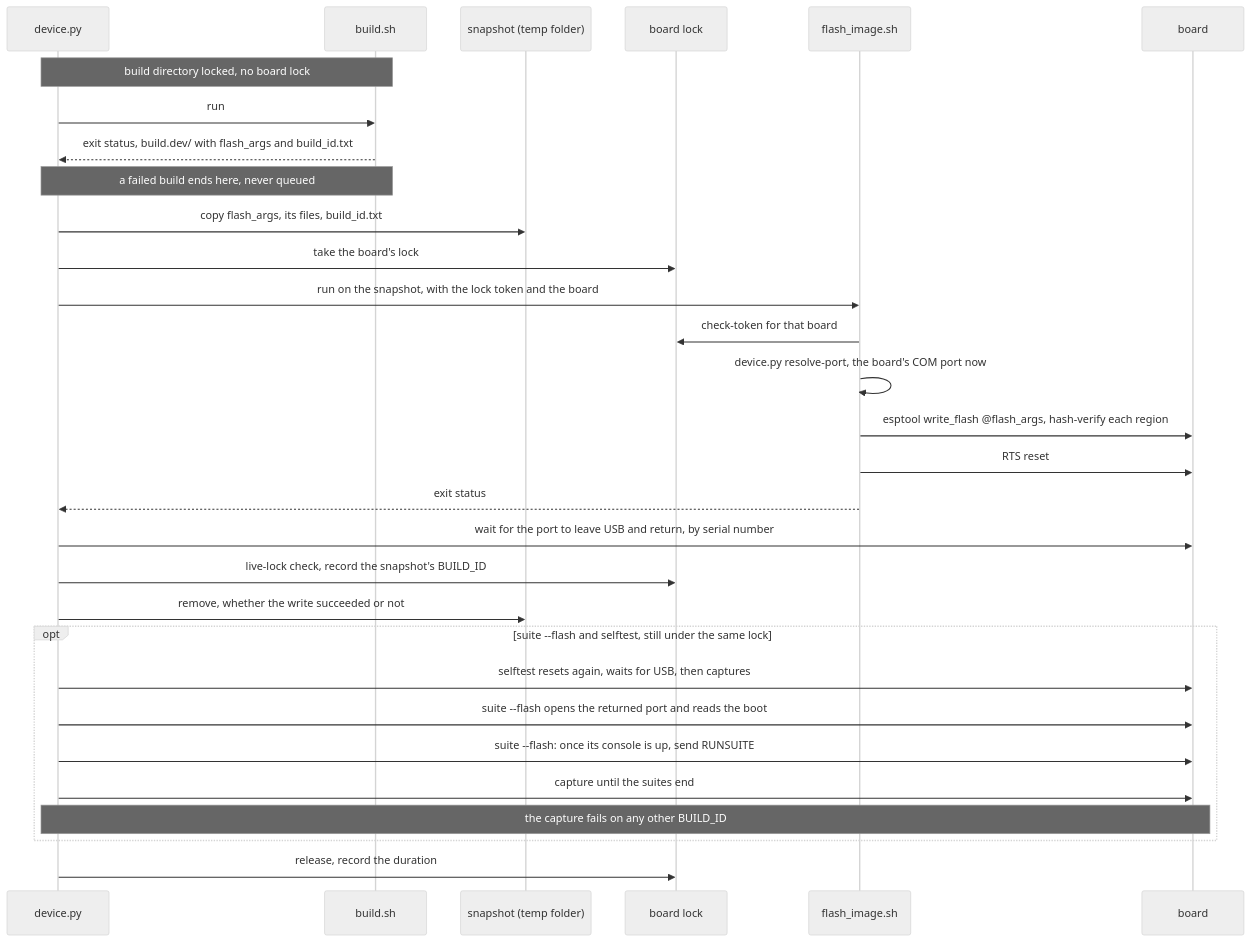
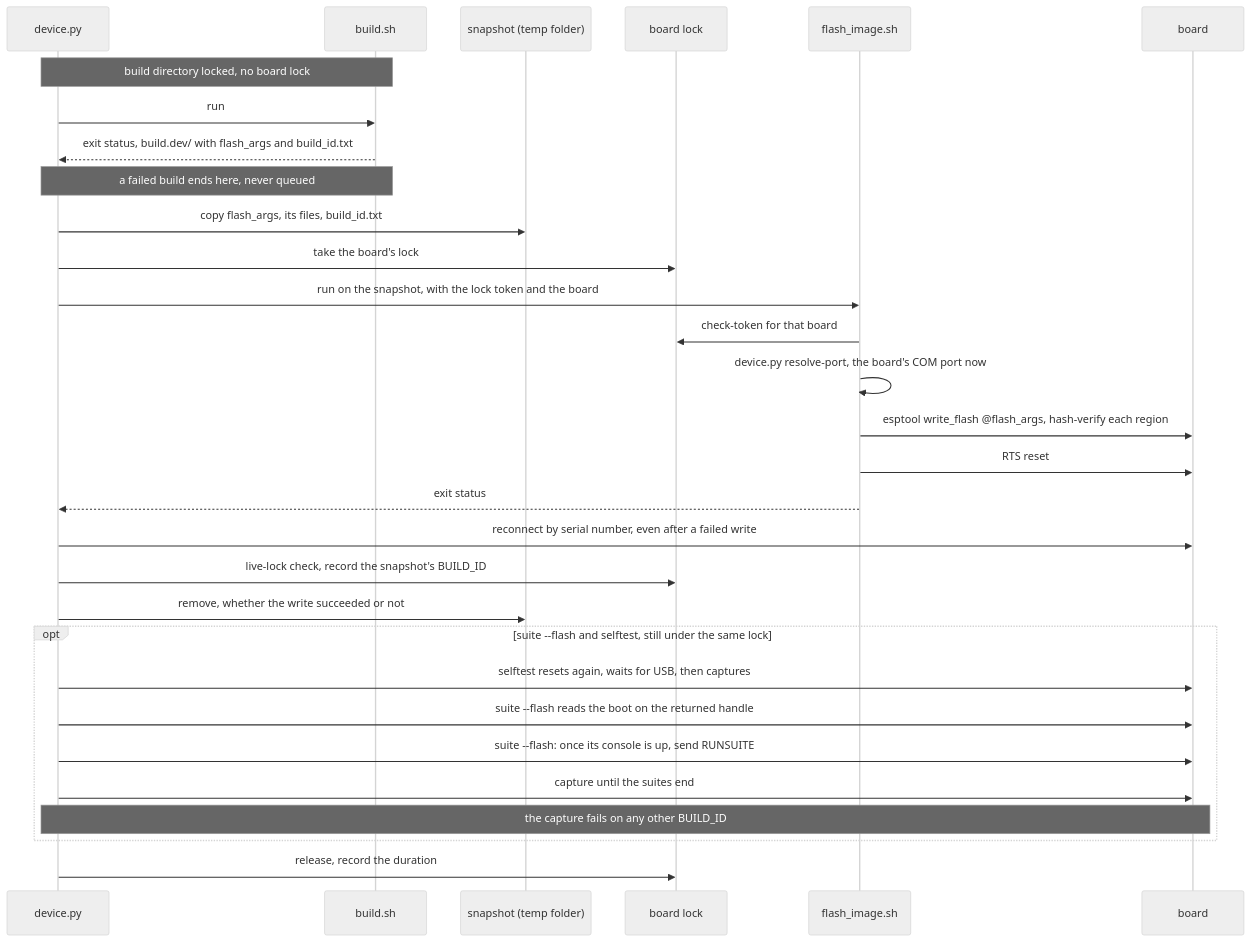
Before and after one commit to jose-villegas/autana: the diagram in docs/tools/Flash-and-Captures.md, drawn with Mermaid (neutral theme). The commit also changed other lines of this file and 5 other files, not shown here.

Commit message:
device: reconnect resetting commands after failures

````diff
--- a/docs/tools/Flash-and-Captures.md
+++ b/docs/tools/Flash-and-Captures.md
@@ -41,33 +41,33 @@
 ```mermaid
 sequenceDiagram
     participant Dev as device.py
     participant Build as build.sh
     participant Snap as snapshot (temp folder)
     participant Lock as board lock
     participant Sh as flash_image.sh
     participant Board as board
 
     Note over Dev,Build: build directory locked, no board lock
     Dev->>Build: run
     Build-->>Dev: exit status, build.dev/ with flash_args and build_id.txt
     Note over Dev,Build: a failed build ends here, never queued
     Dev->>Snap: copy flash_args, its files, build_id.txt
     Dev->>Lock: take the board's lock
     Dev->>Sh: run on the snapshot, with the lock token and the board
     Sh->>Lock: check-token for that board
     Sh->>Sh: device.py resolve-port, the board's COM port now
     Sh->>Board: esptool write_flash @flash_args, hash-verify each region
     Sh->>Board: RTS reset
     Sh-->>Dev: exit status
-    Dev->>Board: wait for the port to leave USB and return, by serial number
+    Dev->>Board: reconnect by serial number, even after a failed write
     Dev->>Lock: live-lock check, record the snapshot's BUILD_ID
     Dev->>Snap: remove, whether the write succeeded or not
     opt suite --flash and selftest, still under the same lock
         Dev->>Board: selftest resets again, waits for USB, then captures
-        Dev->>Board: suite --flash opens the returned port and reads the boot
+        Dev->>Board: suite --flash reads the boot on the returned handle
         Dev->>Board: suite --flash: once its console is up, send RUNSUITE
         Dev->>Board: capture until the suites end
         Note over Dev,Board: the capture fails on any other BUILD_ID
     end
     Dev->>Lock: release, record the duration
 ```
````
